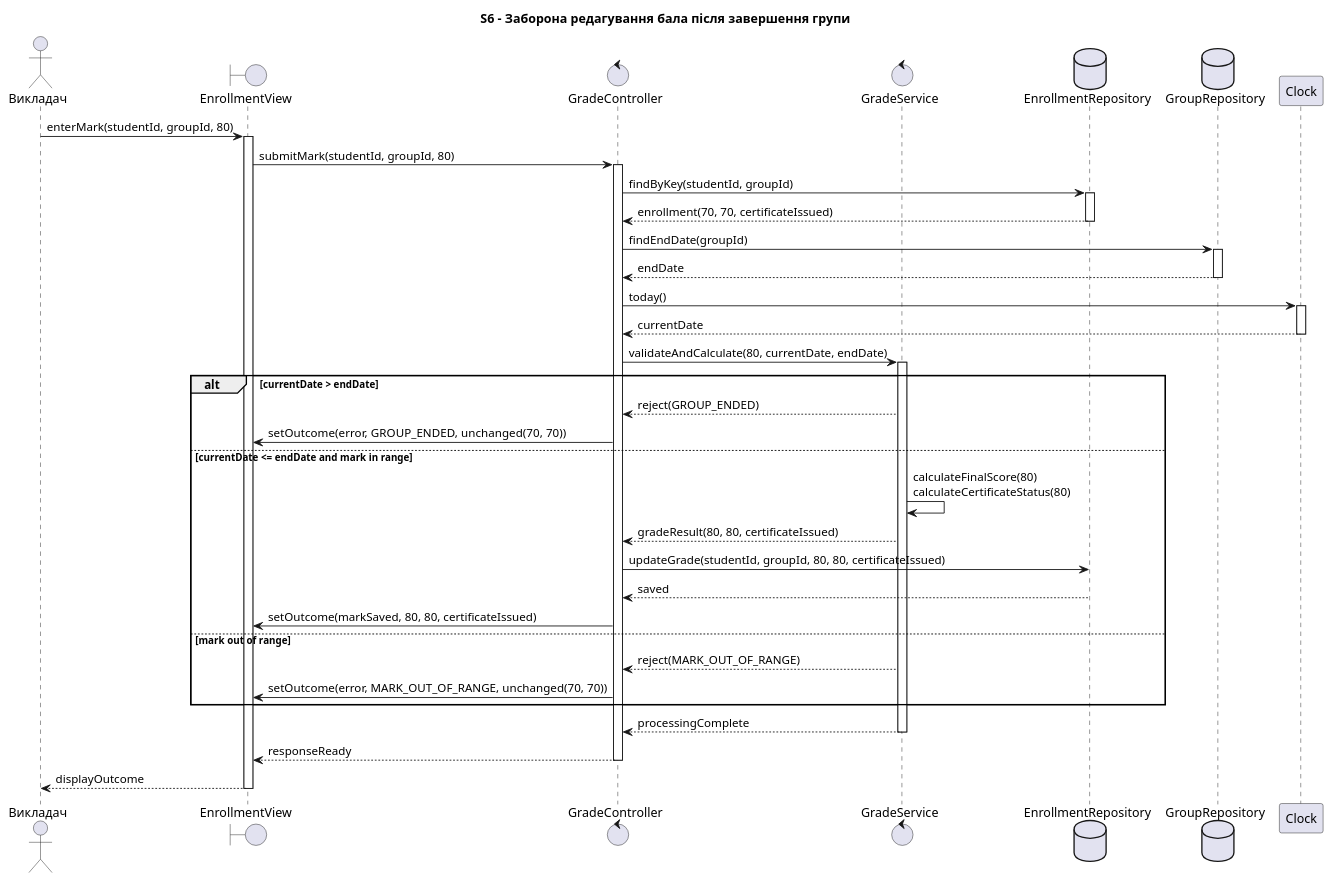
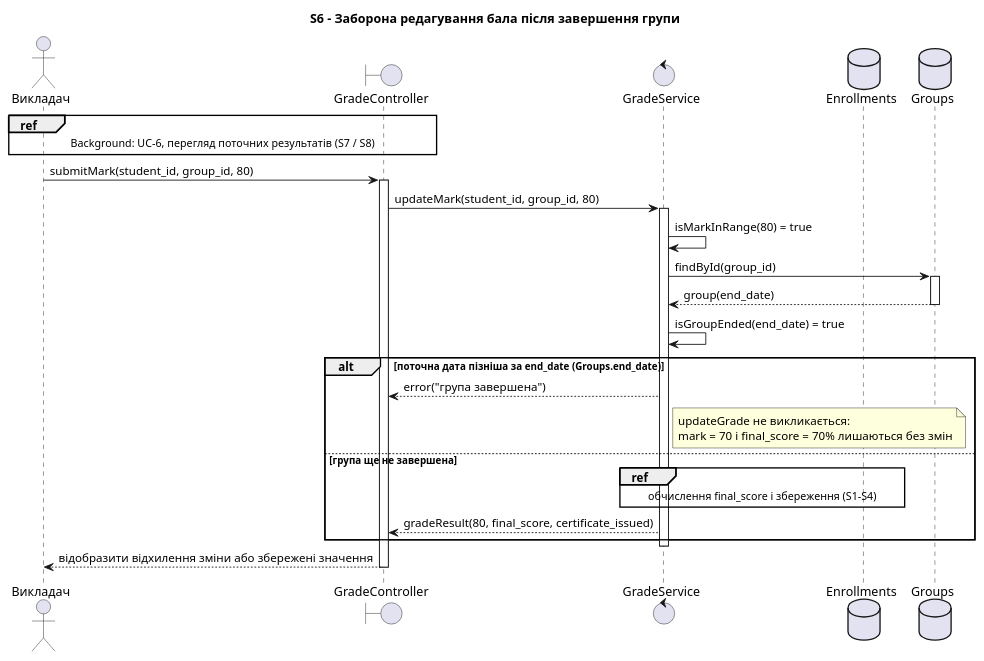
Before and after one commit to ka1tya/KPI: the sixth of 8 diagrams in lab3/sequence-diagrams.puml, drawn with PlantUML. The commit also changed other lines of this file and 1 other file, not shown here.

Commit message:
Виправлено форматування коду sequence-діаграм, а саме змінено назви учасників, щоб вони краще відповідали моделі системи, та додано тип для final_score (відсоток), як це також зазначено в моделі. Також було додано файл spec.md з описом сценаріїв, які відповідають оновленим діаграмам

```diff
--- a/lab3/sequence-diagrams.puml
+++ b/lab3/sequence-diagrams.puml
@@ -169,35 +214,33 @@
 @startuml S6
  title S6 - Заборона редагування бала після завершення групи
+
  actor "Викладач" as Teacher
- boundary "EnrollmentView" as View
- control "GradeController" as Controller
+ boundary "GradeController" as Controller
  control "GradeService" as GradeService
- database "EnrollmentRepository" as EnrollmentRepo
- database "GroupRepository" as GroupRepo
- participant "Clock" as Clock
- Teacher -> View ++: enterMark(studentId, groupId, 80)
- View -> Controller ++: submitMark(studentId, groupId, 80)
- Controller -> EnrollmentRepo ++: findByKey(studentId, groupId)
- EnrollmentRepo --> Controller --: enrollment(70, 70, certificateIssued)
- Controller -> GroupRepo ++: findEndDate(groupId)
- GroupRepo --> Controller --: endDate
- Controller -> Clock ++: today()
- Clock --> Controller --: currentDate
- Controller -> GradeService ++: validateAndCalculate(80, currentDate, endDate)
- alt currentDate > endDate
-   GradeService --> Controller: reject(GROUP_ENDED)
-  Controller -> View: setOutcome(error, GROUP_ENDED, unchanged(70, 70))
- else currentDate <= endDate and mark in range
-   GradeService -> GradeService: calculateFinalScore(80)\ncalculateCertificateStatus(80)
-   GradeService --> Controller: gradeResult(80, 80, certificateIssued)
-   Controller -> EnrollmentRepo: updateGrade(studentId, groupId, 80, 80, certificateIssued)
-   EnrollmentRepo --> Controller: saved
-  Controller -> View: setOutcome(markSaved, 80, 80, certificateIssued)
- else mark out of range
-   GradeService --> Controller: reject(MARK_OUT_OF_RANGE)
-  Controller -> View: setOutcome(error, MARK_OUT_OF_RANGE, unchanged(70, 70))
+ database "Enrollments" as Enrollments
+ database "Groups" as Groups
+ 
+ ref over Teacher, Controller : Background: UC-6, перегляд поточних результатів (S7 / S8)
+
+ Teacher -> Controller : submitMark(student_id, group_id, 80)
+ activate Controller
+ Controller -> GradeService : updateMark(student_id, group_id, 80)
+ activate GradeService
+
+ GradeService -> GradeService : isMarkInRange(80) = true
+ GradeService -> Groups : findById(group_id)
+ activate Groups
+ Groups --> GradeService : group(end_date)
+ deactivate Groups
+ GradeService -> GradeService : isGroupEnded(end_date) = true
+ alt поточна дата пізніша за end_date (Groups.end_date)
+   GradeService --> Controller : error("група завершена")
+   note right of GradeService : updateGrade не викликається:\nmark = 70 і final_score = 70% лишаються без змін
+ else група ще не завершена
+   ref over GradeService, Enrollments : обчислення final_score і збереження (S1-S4)
+   GradeService --> Controller : gradeResult(80, final_score, certificate_issued)
  end
- GradeService --> Controller --: processingComplete
- Controller --> View --: responseReady
- View --> Teacher --: displayOutcome
+ deactivate GradeService
+ Controller --> Teacher : відобразити відхилення зміни або збережені значення
+ deactivate Controller
 @enduml
```
